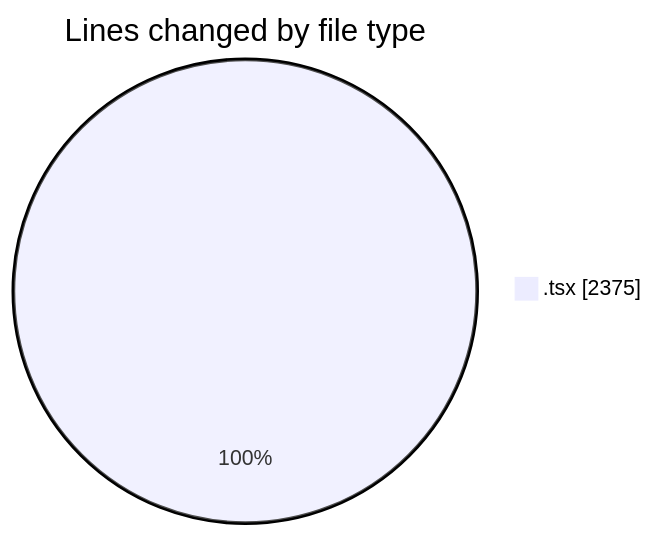
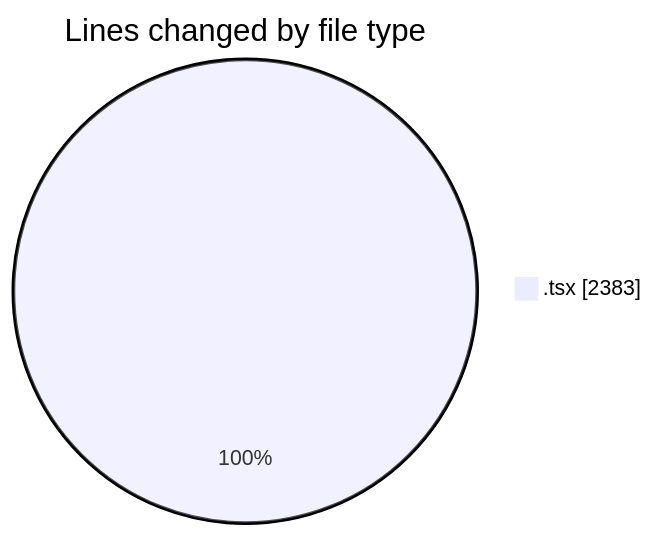
The first of 2 diagrams in 2026-06-24/nxtqube_webapp/README.md (nxtqubesakshisongat/code-tracking), drawn with Mermaid before and after one commit. The commit also changed other lines of this file and 1 other file, not shown here.

````diff
--- a/2026-06-24/nxtqube_webapp/README.md
+++ b/2026-06-24/nxtqube_webapp/README.md
@@ -22,5 +22,5 @@
 ```mermaid
 pie showData
 title Lines changed by file type
-".tsx" : 2375
+".tsx" : 2383
 ```
````
